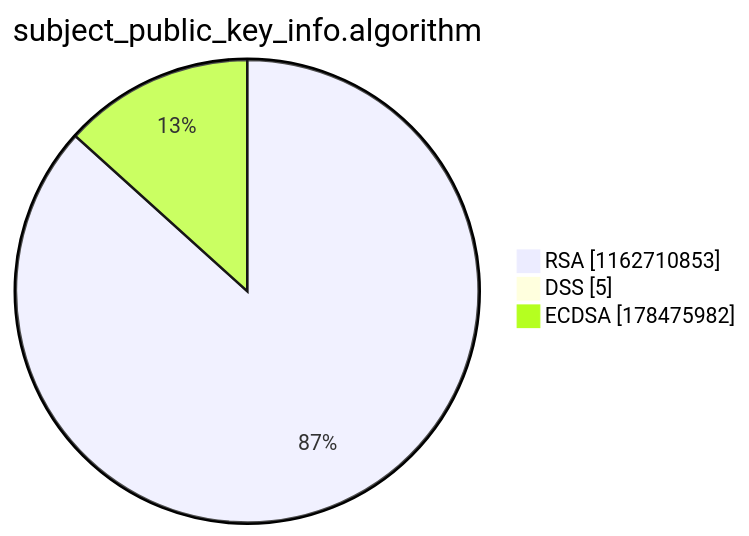
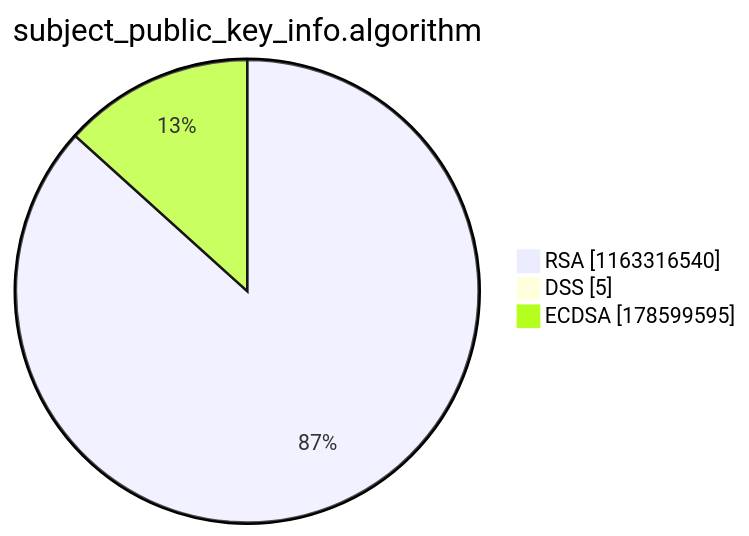
The third of 15 diagrams in argon2022/README.md (christiankrug/ctmonitor_visualization), drawn with Mermaid before and after one commit. The commit also changed other lines of this file, not shown here.

````diff
--- a/argon2022/README.md
+++ b/argon2022/README.md
@@ -14,7 +14,7 @@
 ```mermaid
 pie showData
 title subject_public_key_info.algorithm
-"RSA" :1162710853
+"RSA" :1163316540
 "DSS" :5
-"ECDSA" :178475982
+"ECDSA" :178599595
 ```
````
